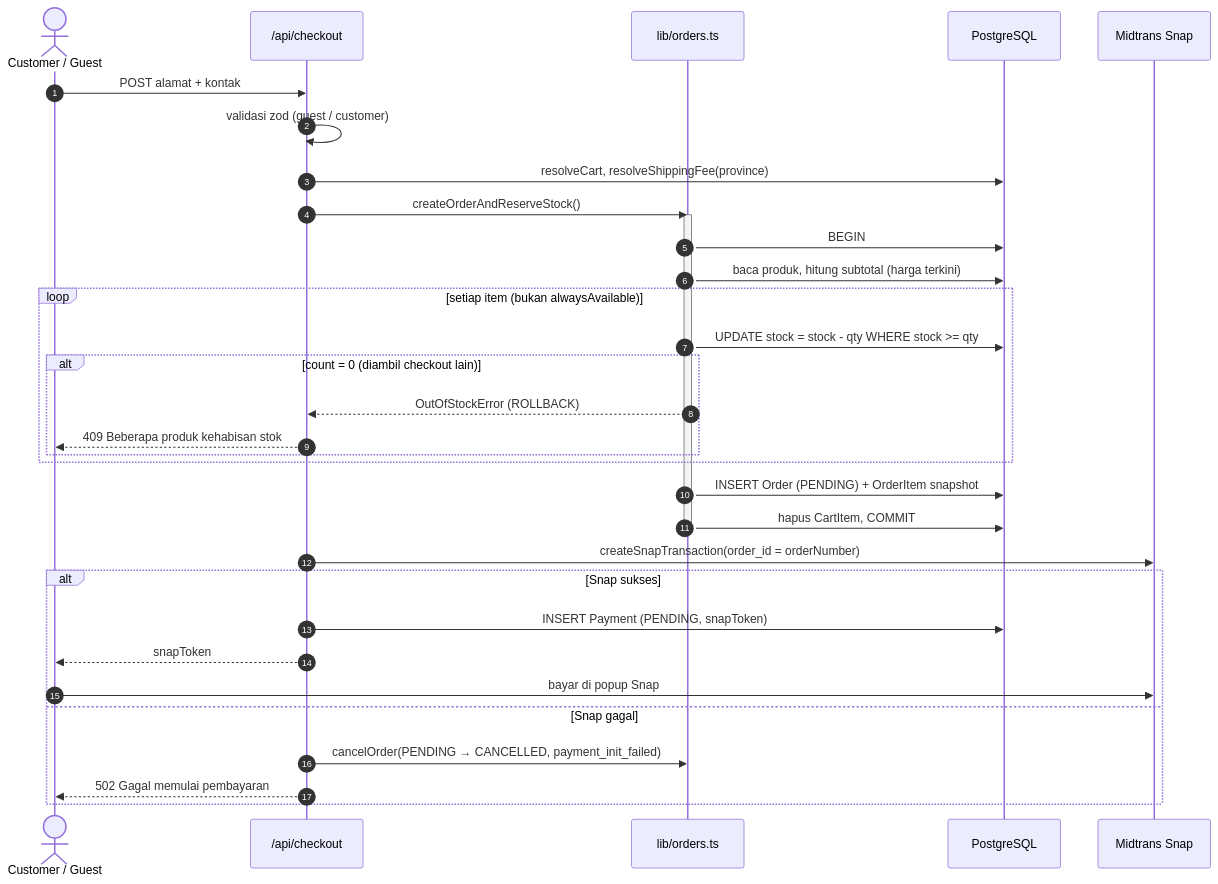
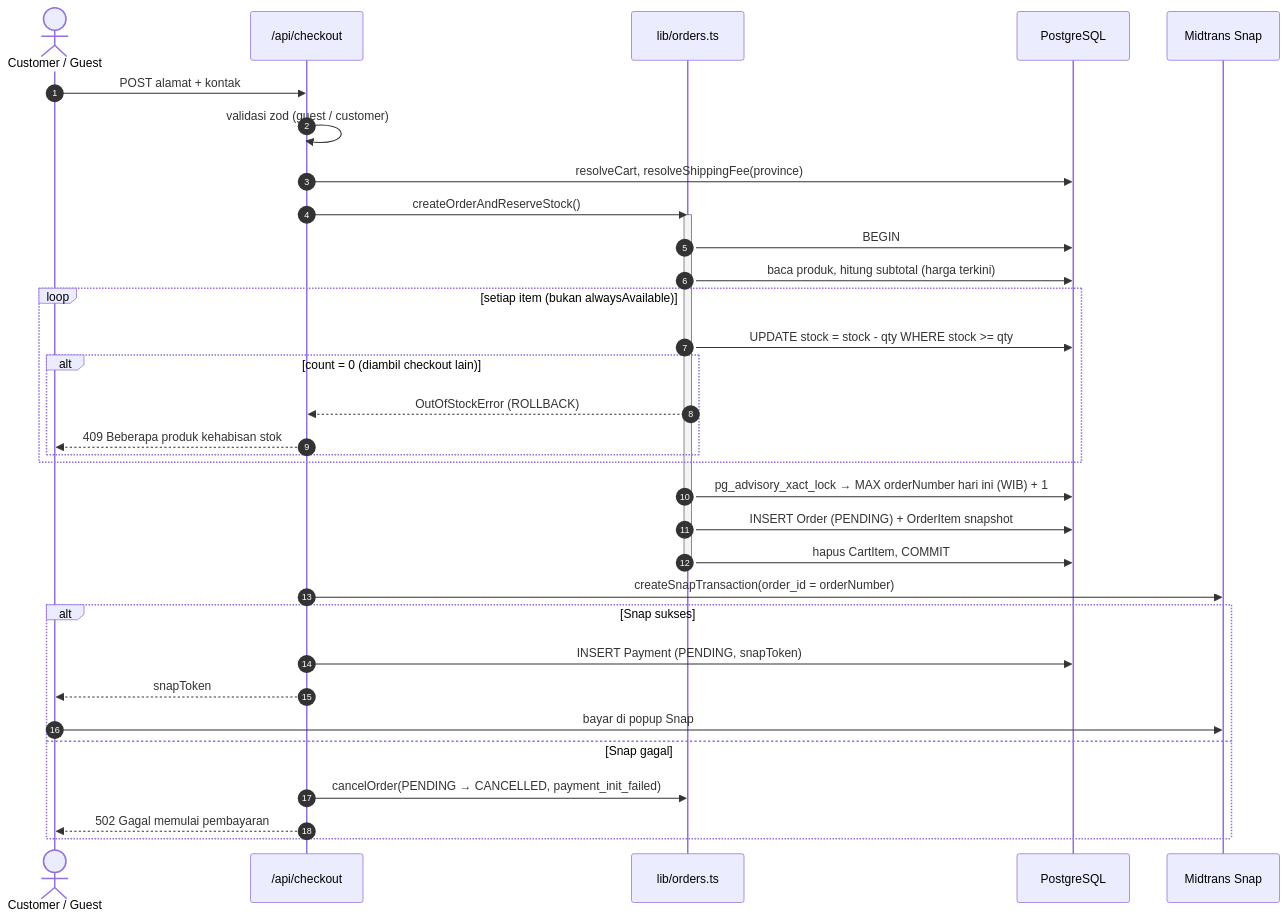
One commit to imamnura/zari-madu changed the third of 7 diagrams in docs/engineering/FLOWS.md. Above: the diagram before and after it, drawn with Mermaid. The commit also changed 5 other files, not shown here.

First line of the commit message:
fix(orders): nomor order pakai tanggal WIB dan sequence atomik (TD-07)

````diff
--- a/docs/engineering/FLOWS.md
+++ b/docs/engineering/FLOWS.md
@@ -58,36 +58,37 @@
 ```mermaid
 sequenceDiagram
     autonumber
     actor U as Customer / Guest
     participant CO as /api/checkout
     participant ORD as lib/orders.ts
     participant DB as PostgreSQL
     participant MT as Midtrans Snap
 
     U->>CO: POST alamat + kontak
     CO->>CO: validasi zod (guest / customer)
     CO->>DB: resolveCart, resolveShippingFee(province)
     CO->>ORD: createOrderAndReserveStock()
     activate ORD
     ORD->>DB: BEGIN
     ORD->>DB: baca produk, hitung subtotal (harga terkini)
     loop setiap item (bukan alwaysAvailable)
         ORD->>DB: UPDATE stock = stock - qty WHERE stock >= qty
         alt count = 0 (diambil checkout lain)
             ORD-->>CO: OutOfStockError (ROLLBACK)
             CO-->>U: 409 Beberapa produk kehabisan stok
         end
     end
+    ORD->>DB: pg_advisory_xact_lock → MAX orderNumber hari ini (WIB) + 1
     ORD->>DB: INSERT Order (PENDING) + OrderItem snapshot
     ORD->>DB: hapus CartItem, COMMIT
     deactivate ORD
     CO->>MT: createSnapTransaction(order_id = orderNumber)
     alt Snap sukses
         CO->>DB: INSERT Payment (PENDING, snapToken)
         CO-->>U: snapToken
         U->>MT: bayar di popup Snap
     else Snap gagal
         CO->>ORD: cancelOrder(PENDING → CANCELLED, payment_init_failed)
         CO-->>U: 502 Gagal memulai pembayaran
     end
 ```
````
